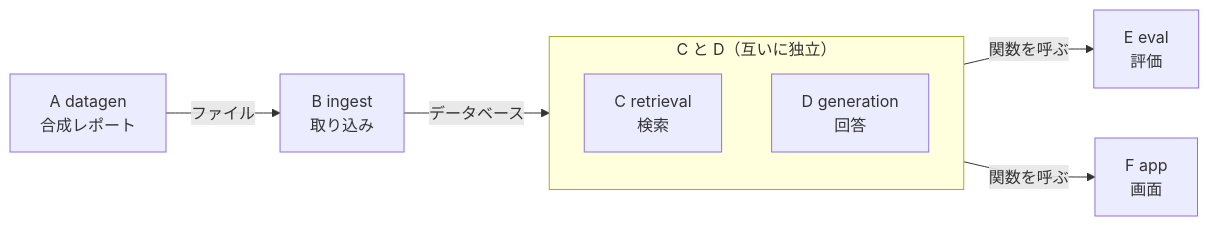
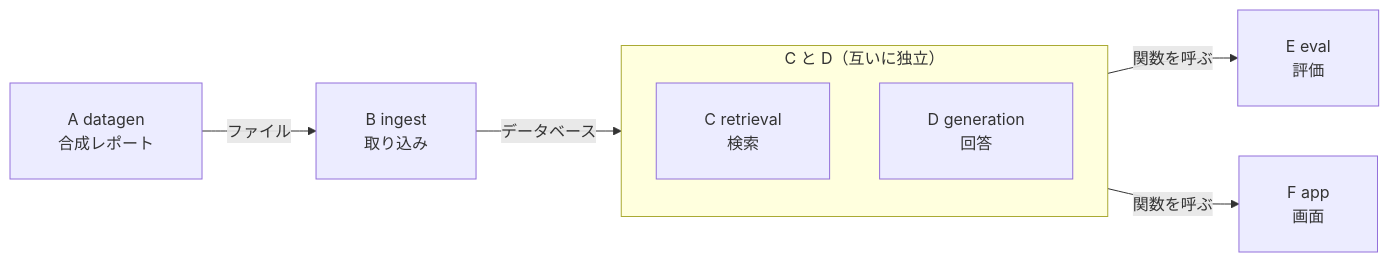
One commit to satoshi-abe-dev/silo-rag changed the second of 3 diagrams in README_ja.md. Above: the diagram before and after it, drawn with Mermaid. The commit also changed other lines of this file and 2 other files, not shown here.

First line of the commit message:
Fix clipped labels in the agent flow diagram and guard against it

````diff
--- a/README_ja.md
+++ b/README_ja.md
@@ -205,11 +206,12 @@
 ```mermaid
+%%{init: {"flowchart": {"padding": 24, "wrappingWidth": 400}}}%%
 graph LR
     A["A datagen<br/>合成レポート"] -->|ファイル| B["B ingest<br/>取り込み"]
     B -->|データベース| cd
     subgraph cd["C と D（互いに独立）"]
         C["C retrieval<br/>検索"]
         D["D generation<br/>回答"]
     end
     cd -->|関数を呼ぶ| E["E eval<br/>評価"]
     cd -->|関数を呼ぶ| F["F app<br/>画面"]
 ```
````
